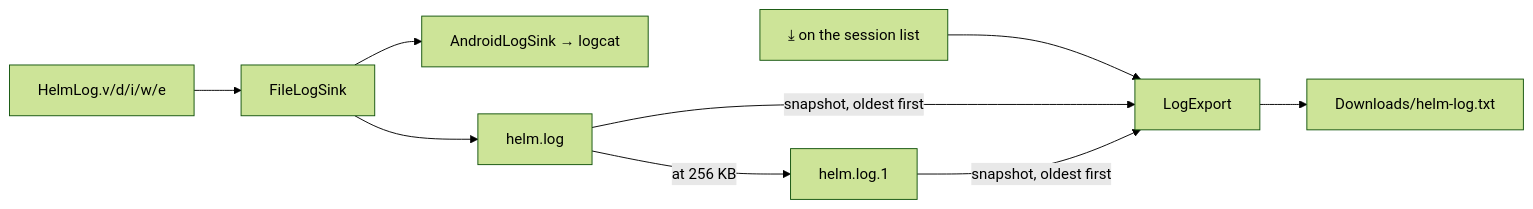
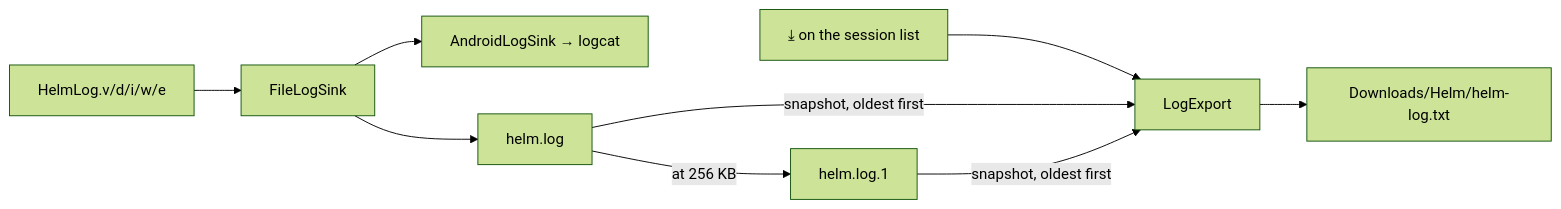
The third of 4 diagrams in docs/mobile-app.md (PetePeter/helm), drawn with Mermaid (forest theme) before and after one commit. The commit also changed other lines of this file and 19 other files, not shown here.

First line of the commit message:
fix(mobile): sliced attachment downloads, Downloads/Helm, attach on revise

````diff
--- a/docs/mobile-app.md
+++ b/docs/mobile-app.md
@@ -338,10 +377,10 @@
 ```mermaid
 graph LR
     CALL[HelmLog.v/d/i/w/e] --> FLS[FileLogSink]
     FLS --> LOGCAT[AndroidLogSink → logcat]
     FLS --> CUR[helm.log]
     CUR -->|at 256 KB| PREV[helm.log.1]
     BTN["⤓ on the session list"] --> EXP[LogExport]
     CUR & PREV -->|snapshot, oldest first| EXP
-    EXP --> DL[Downloads/helm-log.txt]
+    EXP --> DL[Downloads/Helm/helm-log.txt]
 ```
````
